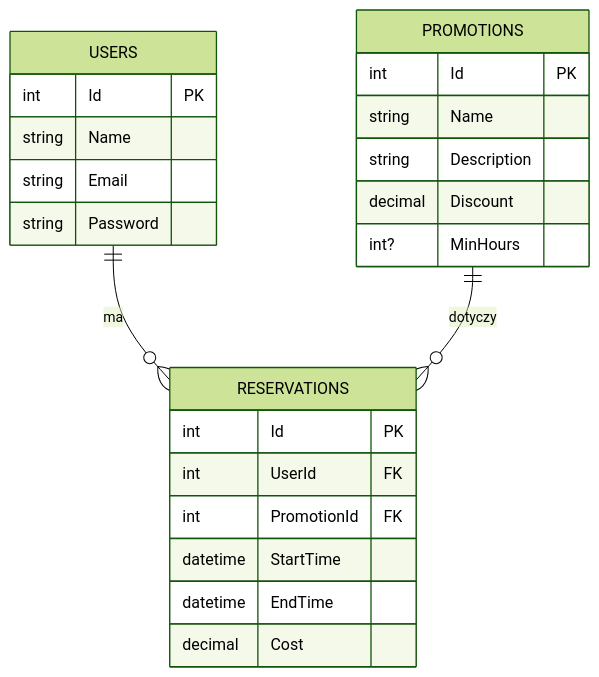
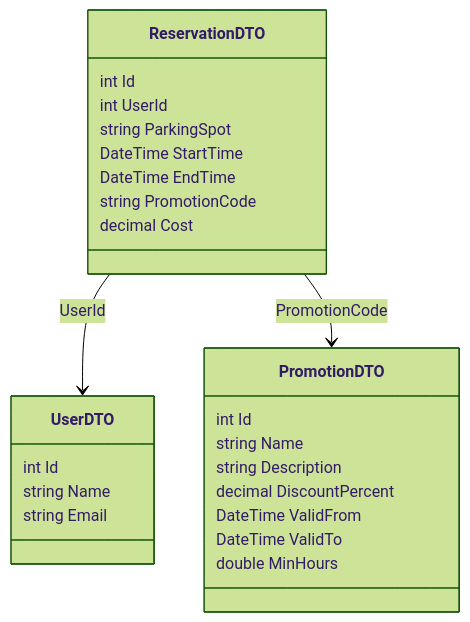
Before and after one commit to Krzysztof-Jaminski/System-Parkingowy-MicroServicesv2: the first of 2 diagrams in README.md, drawn with Mermaid (forest theme). The commit also changed other lines of this file and 4 other files, not shown here.

````diff
--- a/README.md
+++ b/README.md
@@ -141,26 +72,28 @@
 ```mermaid
-erDiagram
-  USERS {
-    int Id PK
+classDiagram
+  class UserDTO {
+    int Id
     string Name
     string Email
-    string Password
   }
-  RESERVATIONS {
-    int Id PK
-    int UserId FK
-    int PromotionId FK
-    datetime StartTime
-    datetime EndTime
+  class PromotionDTO {
+    int Id
+    string Name
+    string Description
+    decimal DiscountPercent
+    DateTime ValidFrom
+    DateTime ValidTo
+    double MinHours
+  }
+  class ReservationDTO {
+    int Id
+    int UserId
+    string ParkingSpot
+    DateTime StartTime
+    DateTime EndTime
+    string PromotionCode
     decimal Cost
   }
-  PROMOTIONS {
-    int Id PK
-    string Name
-    string Description
-    decimal Discount
-    int? MinHours
-  }
-  USERS ||--o{ RESERVATIONS : "ma"
-  PROMOTIONS ||--o{ RESERVATIONS : "dotyczy"
+  ReservationDTO --> UserDTO : UserId
+  ReservationDTO --> PromotionDTO : PromotionCode
 ```
````
